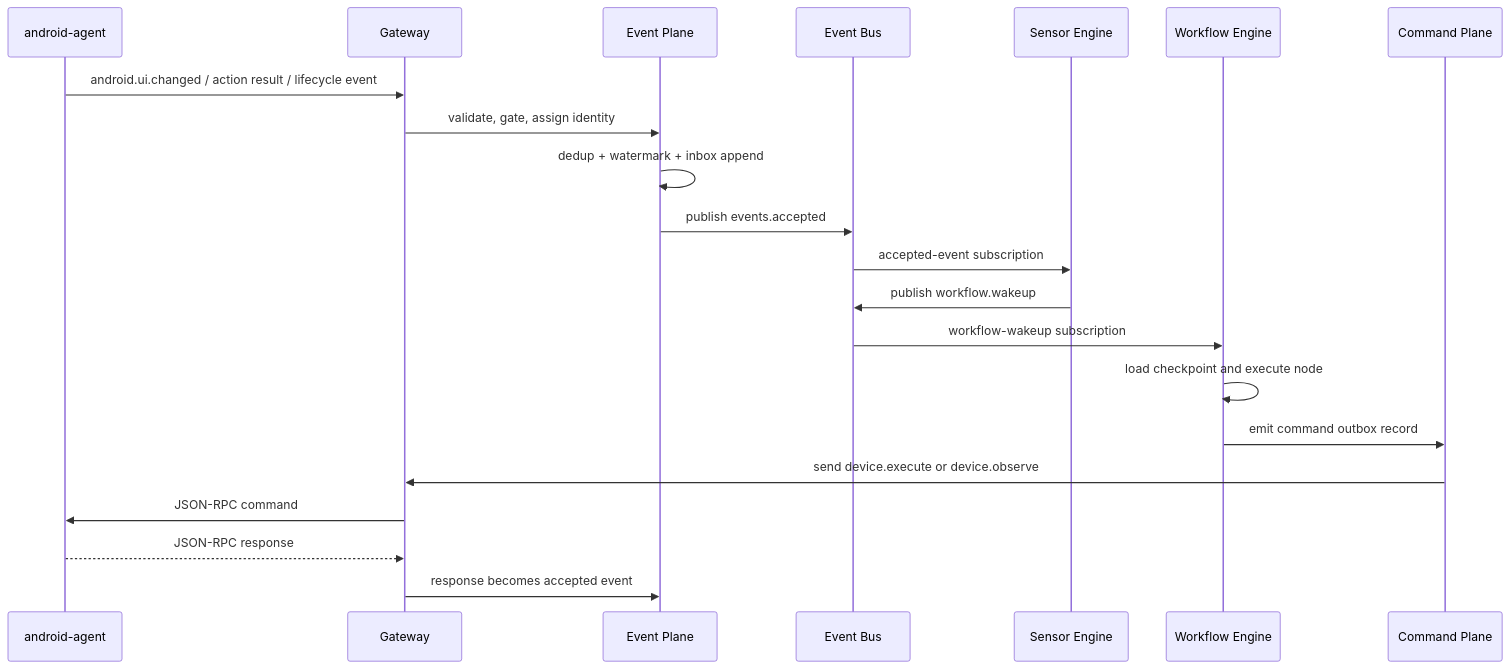
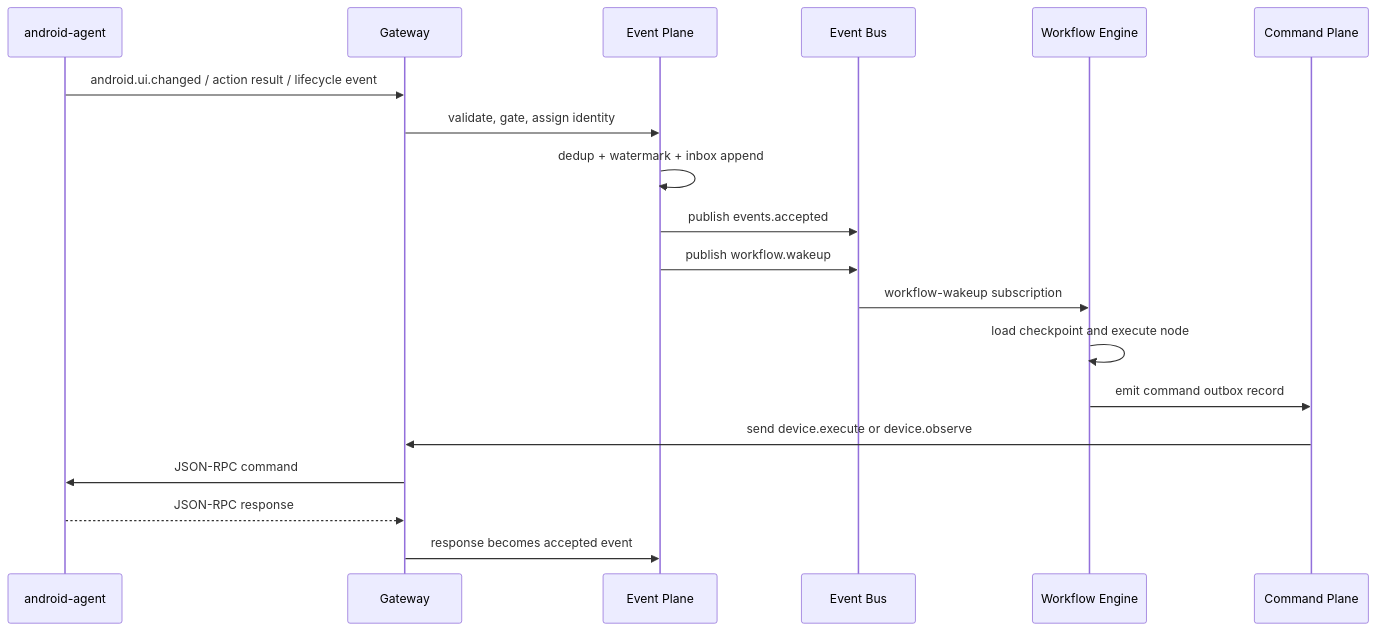
One commit to rdh073/ppp changed the second of 4 diagrams in plans/event-driven-argo-like-architecture-v2.md. Above: the diagram before and after it, drawn with Mermaid. The commit also changed other lines of this file and 32 other files, not shown here.

````diff
--- a/plans/event-driven-argo-like-architecture-v2.md
+++ b/plans/event-driven-argo-like-architecture-v2.md
@@ -724,24 +724,22 @@
 ```mermaid
 sequenceDiagram
   participant A as android-agent
   participant G as Gateway
   participant E as Event Plane
   participant B as Event Bus
-  participant S as Sensor Engine
   participant W as Workflow Engine
   participant C as Command Plane
 
   A->>G: android.ui.changed / action result / lifecycle event
   G->>E: validate, gate, assign identity
   E->>E: dedup + watermark + inbox append
   E->>B: publish events.accepted
-  B->>S: accepted-event subscription
-  S->>B: publish workflow.wakeup
+  E->>B: publish workflow.wakeup
   B->>W: workflow-wakeup subscription
   W->>W: load checkpoint and execute node
   W->>C: emit command outbox record
   C->>G: send device.execute or device.observe
   G->>A: JSON-RPC command
   A-->>G: JSON-RPC response
   G->>E: response becomes accepted event
 ```
````
